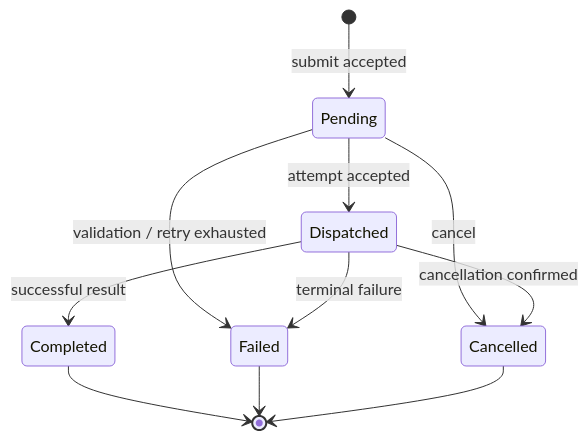
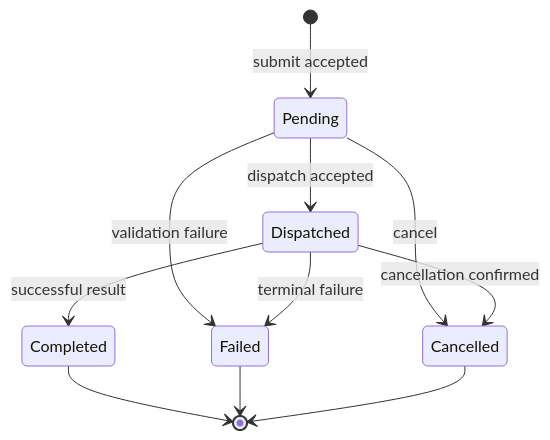
The second of 2 diagrams in docs/architecture/tasks/management.md (yarang/grok-fleet-orchestrator), drawn with Mermaid before and after one commit. The commit also changed other lines of this file and 27 other files, not shown here.

````diff
--- a/docs/architecture/tasks/management.md
+++ b/docs/architecture/tasks/management.md
@@ -60,13 +60,13 @@
 ```mermaid
 stateDiagram-v2
     [*] --> Pending: submit accepted
-    Pending --> Dispatched: attempt accepted
+    Pending --> Dispatched: dispatch accepted
     Pending --> Cancelled: cancel
-    Pending --> Failed: validation / retry exhausted
+    Pending --> Failed: validation failure
     Dispatched --> Completed: successful result
     Dispatched --> Failed: terminal failure
     Dispatched --> Cancelled: cancellation confirmed
     Completed --> [*]
     Failed --> [*]
     Cancelled --> [*]
 ```
````
